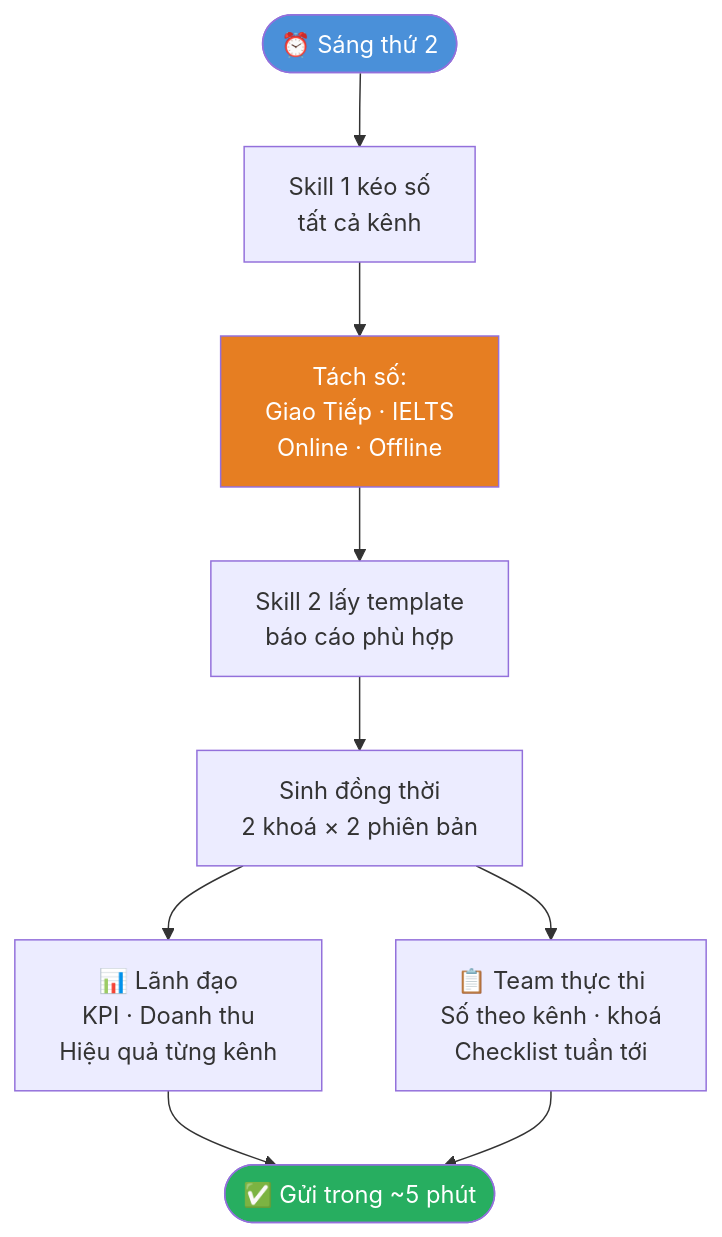
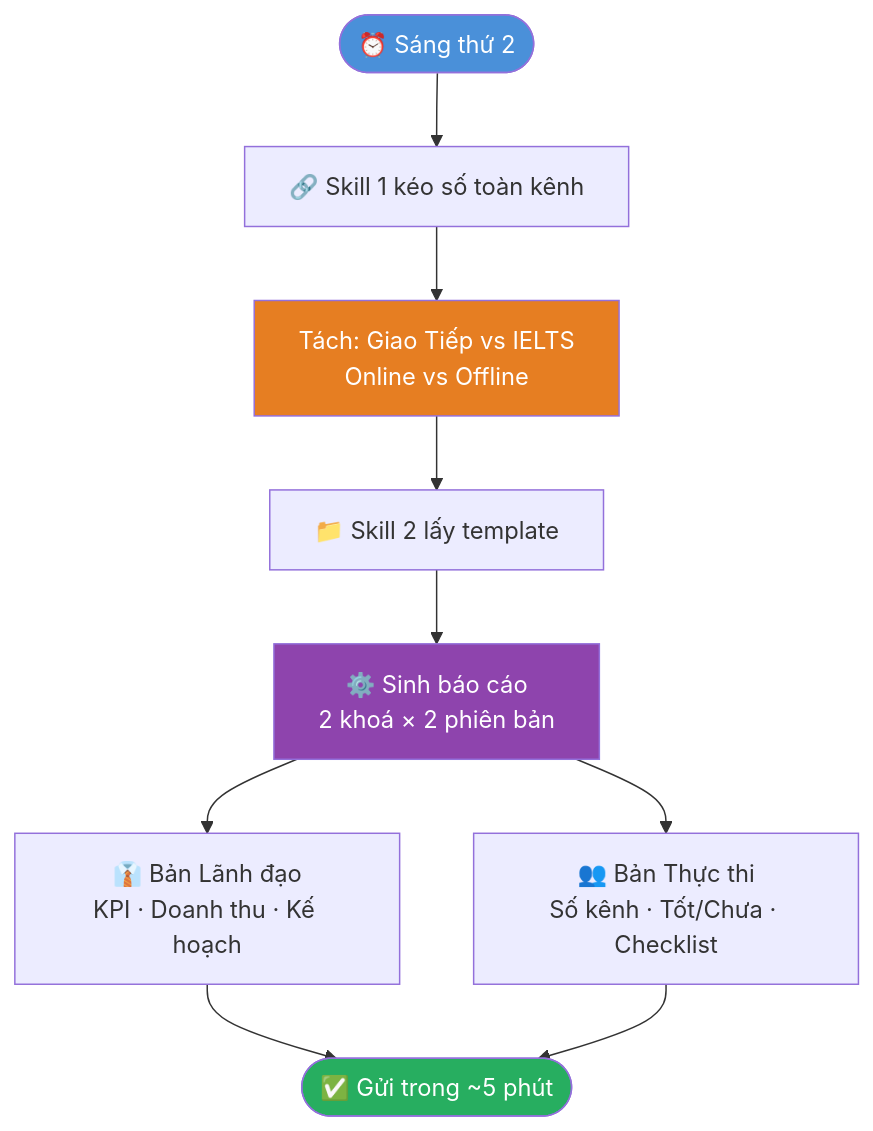
The seventh of 9 diagrams in README.md (bochidung642-blip/1-kh-ng-gian-l-m-vi-c-c-nh-n-v-i-c-c-skills), drawn with Mermaid before and after one commit. The commit also changed other lines of this file, not shown here.

````diff
--- a/README.md
+++ b/README.md
@@ -167,15 +199,16 @@
 ```mermaid
 flowchart TD
-    A(["⏰ Sáng thứ 2"]) --> B["Skill 1 kéo số\ntất cả kênh"]
-    B --> C["Tách số:\nGiao Tiếp · IELTS\nOnline · Offline"]
-    C --> D["Skill 2 lấy template\nbáo cáo phù hợp"]
-    D --> E["Sinh đồng thời\n2 khoá × 2 phiên bản"]
-    E --> F["📊 Lãnh đạo\nKPI · Doanh thu\nHiệu quả từng kênh"]
-    E --> G["📋 Team thực thi\nSố theo kênh · khoá\nChecklist tuần tới"]
+    A(["⏰ Sáng thứ 2"]) --> B["🔗 Skill 1 kéo số toàn kênh"]
+    B --> C["Tách: Giao Tiếp vs IELTS\nOnline vs Offline"]
+    C --> D["📁 Skill 2 lấy template"]
+    D --> E["⚙️ Sinh báo cáo\n2 khoá × 2 phiên bản"]
+    E --> F["👔 Bản Lãnh đạo\nKPI · Doanh thu · Kế hoạch"]
+    E --> G["👥 Bản Thực thi\nSố kênh · Tốt/Chưa · Checklist"]
     F --> H(["✅ Gửi trong ~5 phút"])
     G --> H
 
     style A fill:#4A90D9,color:#fff
     style H fill:#27AE60,color:#fff
     style C fill:#E67E22,color:#fff
+    style E fill:#8E44AD,color:#fff
 ```
````
